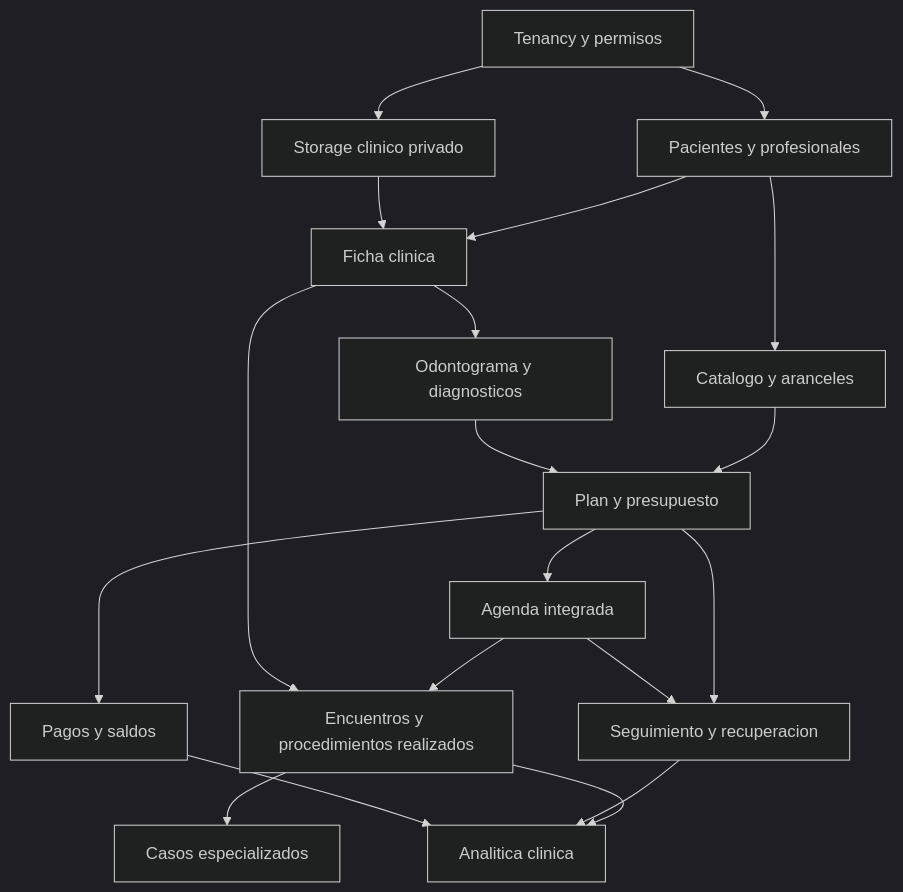
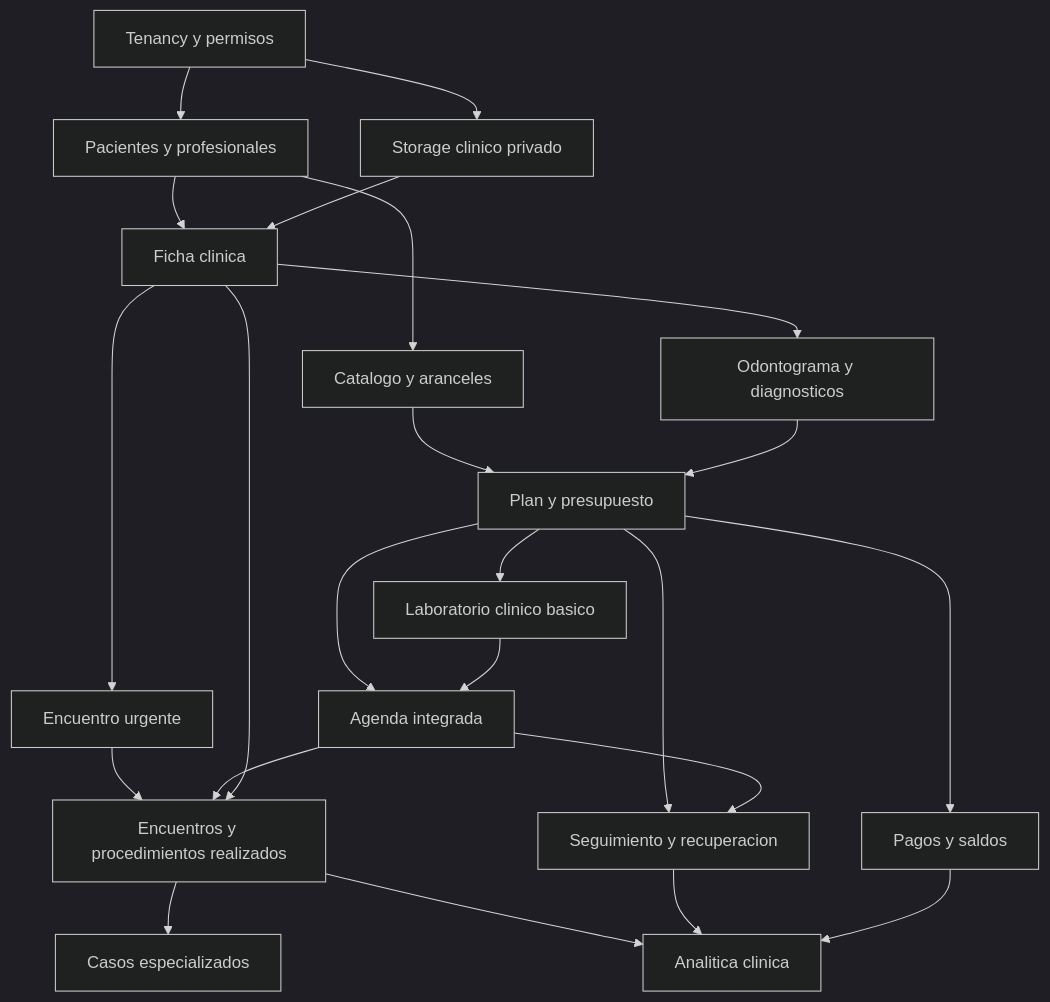
The diagram in docs/CRM/treatment-plan-budget/06_MAPA_MODULOS_ODONCRM.md (juanovni/dental-comissions), drawn with Mermaid (dark theme) before and after one commit. The commit also changed other lines of this file and 9 other files, not shown here.

````diff
--- a/docs/CRM/treatment-plan-budget/06_MAPA_MODULOS_ODONCRM.md
+++ b/docs/CRM/treatment-plan-budget/06_MAPA_MODULOS_ODONCRM.md
@@ -428,21 +461,25 @@
 ```mermaid
 flowchart TD
     A[Tenancy y permisos] --> B[Pacientes y profesionales]
     A --> C[Storage clinico privado]
     B --> D[Catalogo y aranceles]
     B --> E[Ficha clinica]
     C --> E
     E --> F[Odontograma y diagnosticos]
+    E --> N[Encuentro urgente]
+    N --> I
     D --> G[Plan y presupuesto]
     F --> G
     G --> H[Agenda integrada]
     H --> I[Encuentros y procedimientos realizados]
+    G --> O[Laboratorio clinico basico]
+    O --> H
     E --> I
     I --> J[Casos especializados]
     G --> K[Seguimiento y recuperacion]
     H --> K
     G --> L[Pagos y saldos]
     I --> M[Analitica clinica]
     K --> M
     L --> M
 ```
````
